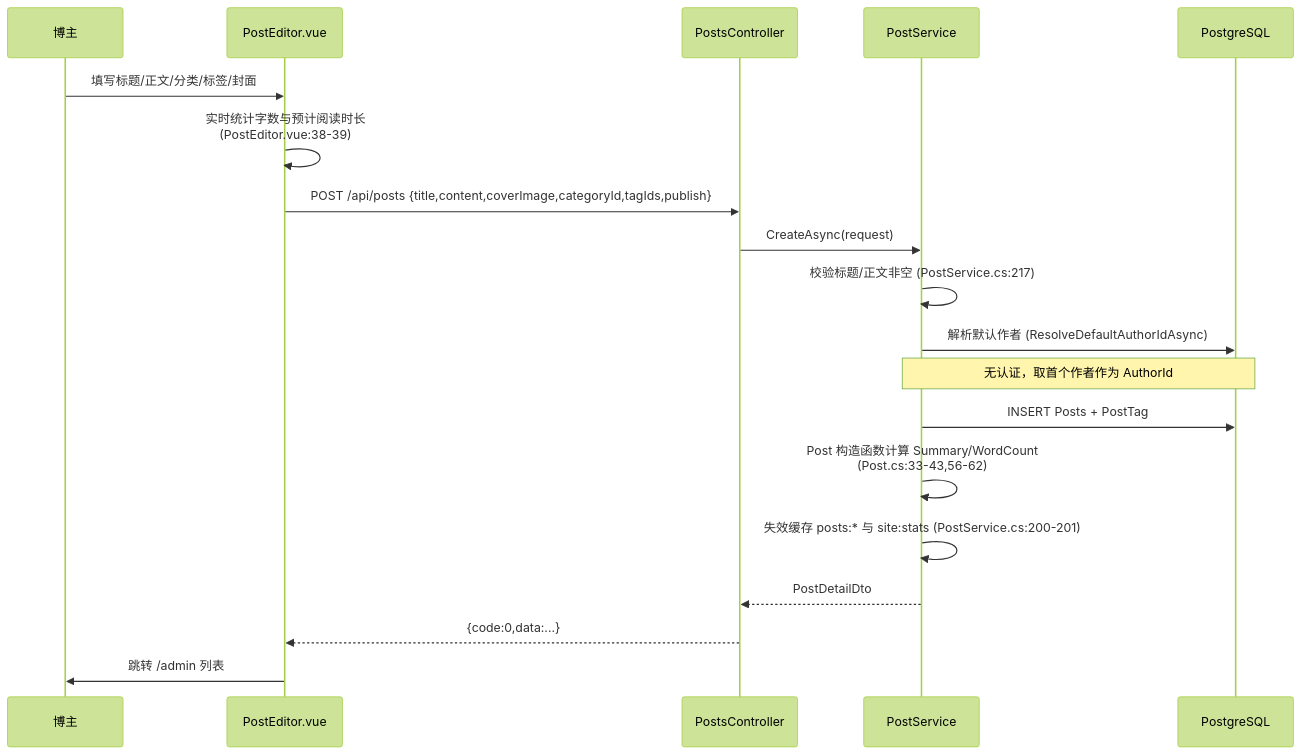
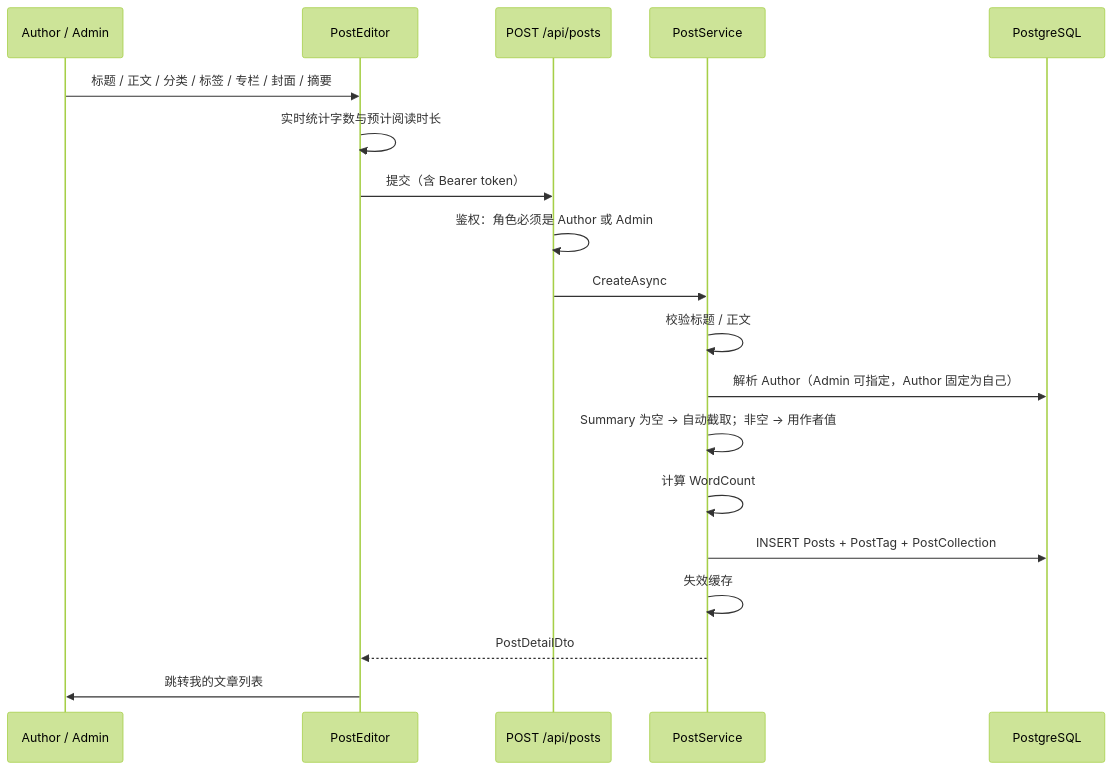
The fifth of 12 diagrams in docs/business.md (whyitsy/blog-CI-CD), drawn with Mermaid (forest theme) before and after one commit. The commit also changed other lines of this file and 12 other files, not shown here.

````diff
--- a/docs/business.md
+++ b/docs/business.md
@@ -116,22 +253,22 @@
 ```mermaid
 sequenceDiagram
-  participant U as 博主
-  participant FE as PostEditor.vue
-  participant API as PostsController
+  participant U as Author / Admin
+  participant FE as PostEditor
+  participant API as POST /api/posts
   participant SVC as PostService
   participant DB as PostgreSQL
 
-  U->>FE: 填写标题/正文/分类/标签/封面
-  FE->>FE: 实时统计字数与预计阅读时长<br/>(PostEditor.vue:38-39)
-  FE->>API: POST /api/posts {title,content,coverImage,categoryId,tagIds,publish}
-  API->>SVC: CreateAsync(request)
-  SVC->>SVC: 校验标题/正文非空 (PostService.cs:217)
-  SVC->>DB: 解析默认作者 (ResolveDefaultAuthorIdAsync)
-  Note over SVC,DB: 无认证，取首个作者作为 AuthorId
-  SVC->>DB: INSERT Posts + PostTag
-  SVC->>SVC: Post 构造函数计算 Summary/WordCount<br/>(Post.cs:33-43,56-62)
-  SVC->>SVC: 失效缓存 posts:* 与 site:stats (PostService.cs:200-201)
-  SVC-->>API: PostDetailDto
-  API-->>FE: {code:0,data:...}
-  FE->>U: 跳转 /admin 列表
+  U->>FE: 标题 / 正文 / 分类 / 标签 / 专栏 / 封面 / 摘要
+  FE->>FE: 实时统计字数与预计阅读时长
+  FE->>API: 提交（含 Bearer token）
+  API->>API: 鉴权：角色必须是 Author 或 Admin
+  API->>SVC: CreateAsync
+  SVC->>SVC: 校验标题 / 正文
+  SVC->>DB: 解析 Author（Admin 可指定，Author 固定为自己）
+  SVC->>SVC: Summary 为空 → 自动截取；非空 → 用作者值
+  SVC->>SVC: 计算 WordCount
+  SVC->>DB: INSERT Posts + PostTag + PostCollection
+  SVC->>SVC: 失效缓存
+  SVC-->>FE: PostDetailDto
+  FE->>U: 跳转我的文章列表
 ```
````
